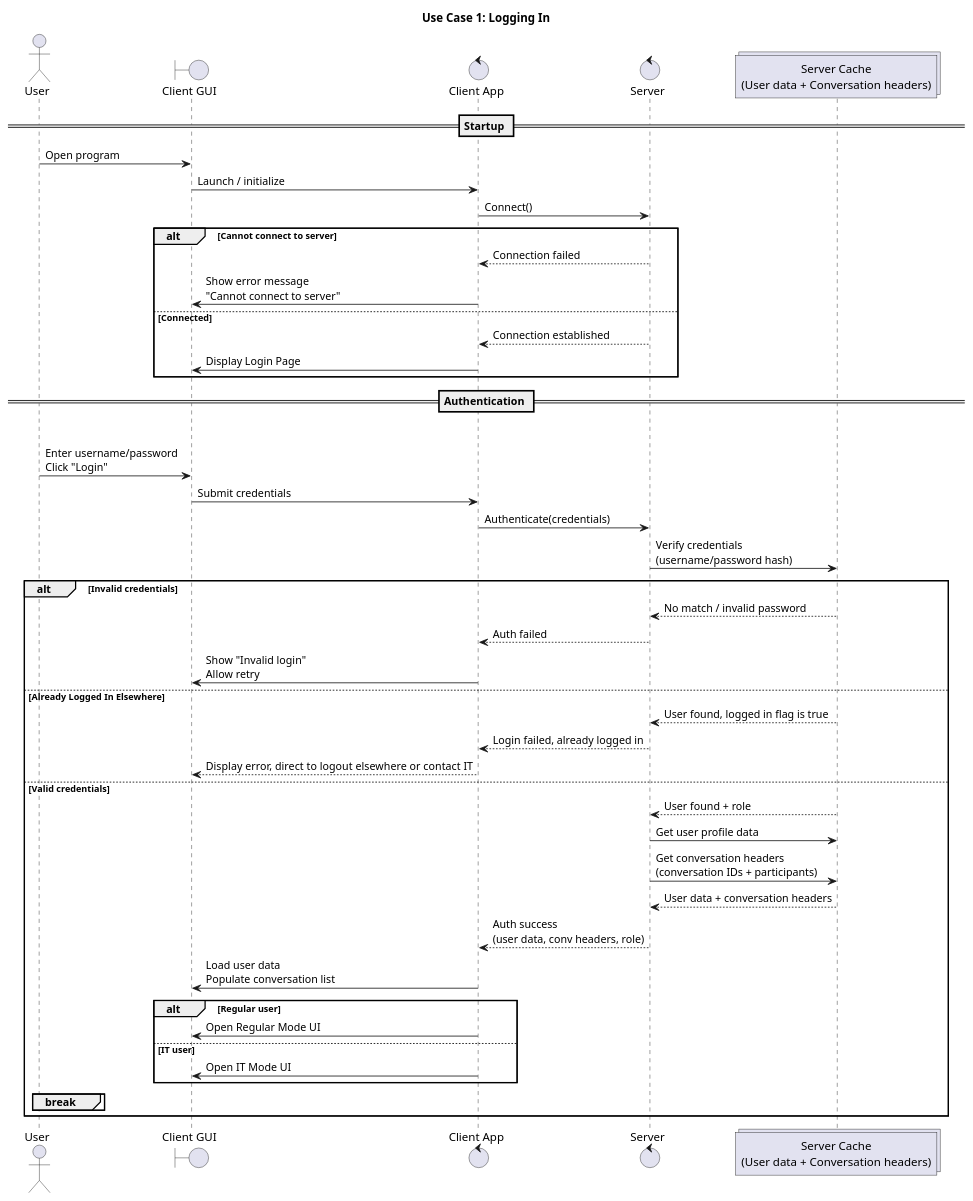
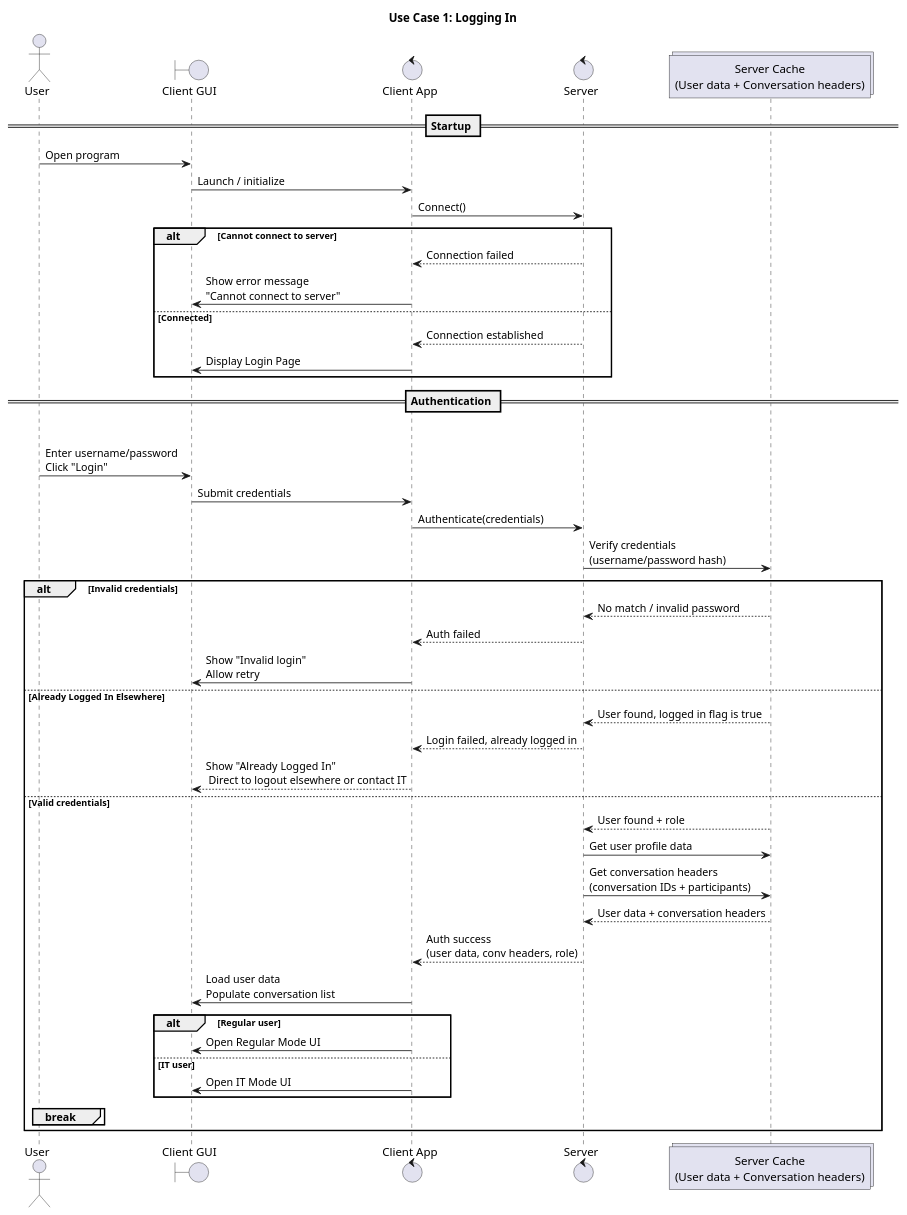
The diagram in docs/diagrams/SequenceDiagrams/1-Login.puml (NubezVilla/CS_401_Group_1), drawn with PlantUML before and after one commit.

```diff
--- a/docs/diagrams/SequenceDiagrams/1-Login.puml
+++ b/docs/diagrams/SequenceDiagrams/1-Login.puml
@@ -1,55 +1,55 @@
 @startuml
 title Use Case 1: Logging In
 
 actor User
 boundary GUI as "Client GUI"
 control Client as "Client App"
 control Server as "Server"
 collections Cache as "Server Cache\n(User data + Conversation headers)"
 
 == Startup ==
 User -> GUI: Open program
 GUI -> Client: Launch / initialize
 Client -> Server: Connect()
 
 alt Cannot connect to server
 Server --> Client: Connection failed
 Client -> GUI: Show error message\n"Cannot connect to server"
 else Connected
 Server --> Client: Connection established
 Client -> GUI: Display Login Page
 end
 
 == Authentication ==
 loop Until valid credentials or user cancels
 User -> GUI: Enter username/password\nClick "Login"
 GUI -> Client: Submit credentials
 Client -> Server: Authenticate(credentials)
 
 Server -> Cache: Verify credentials\n(username/password hash)
 alt Invalid credentials
 Cache --> Server: No match / invalid password
 Server --> Client: Auth failed
 Client -> GUI: Show "Invalid login"\nAllow retry
 else Already Logged In Elsewhere
 Cache --> Server: User found, logged in flag is true
 Server --> Client: Login failed, already logged in 
-Client --> GUI: Display error, direct to logout elsewhere or contact IT
+Client --> GUI: Show "Already Logged In"\n Direct to logout elsewhere or contact IT
 else Valid credentials
 Cache --> Server: User found + role
 Server -> Cache: Get user profile data
 Server -> Cache: Get conversation headers\n(conversation IDs + participants)
 Cache --> Server: User data + conversation headers
 Server --> Client: Auth success\n(user data, conv headers, role)
 
 Client -> GUI: Load user data\nPopulate conversation list
 
 alt Regular user
 Client -> GUI: Open Regular Mode UI
 else IT user
 Client -> GUI: Open IT Mode UI
 end
 break
 end
 end
 @enduml
```
